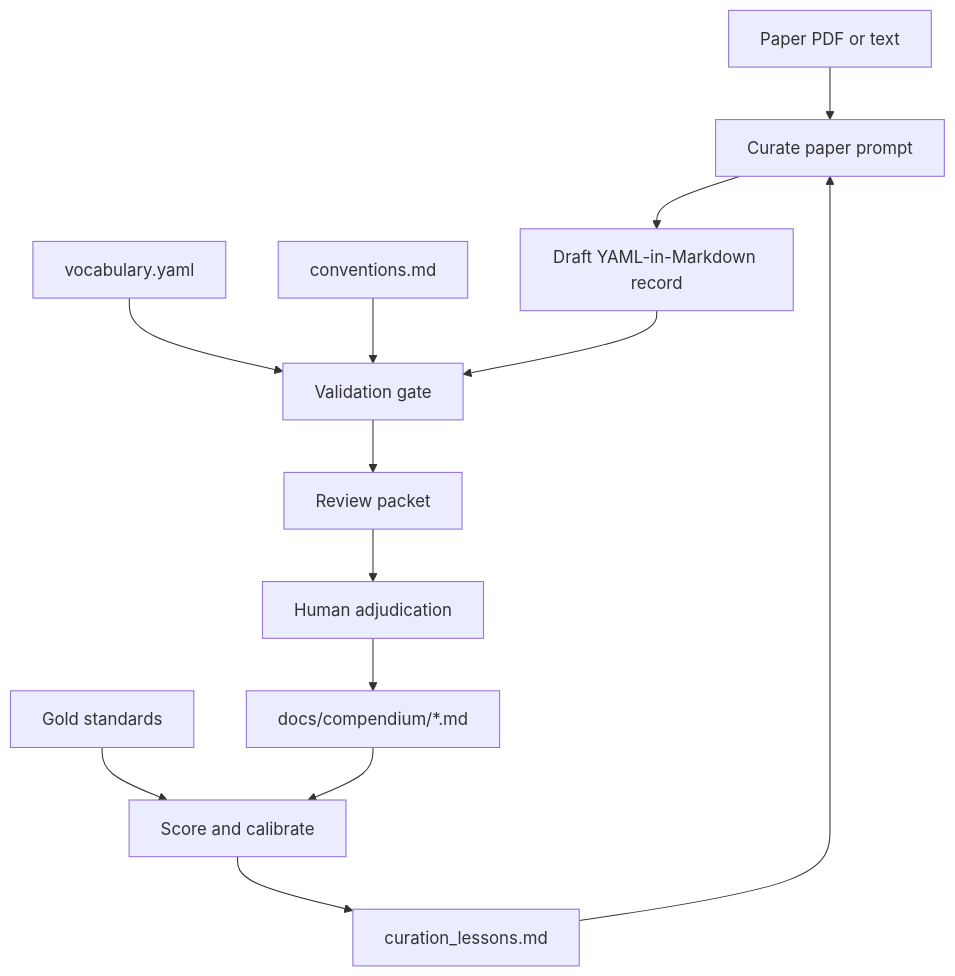
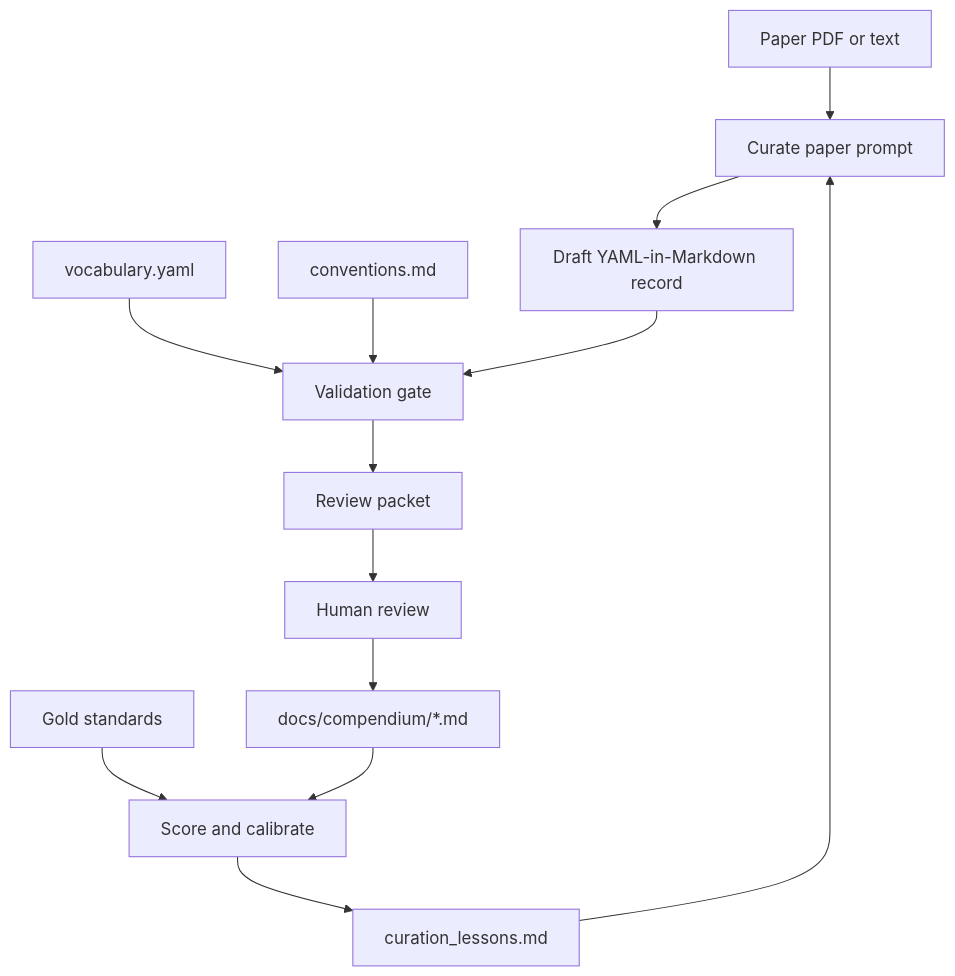
Before and after one commit to sciencesteveho/nasp_compendium: the diagram in agent/README.md, drawn with Mermaid. The commit also changed other lines of this file and 70 other files, not shown here.

Commit message:
Feature + chores: update marker gene, add updated coding skills, prototype mermaid render

````diff
--- a/agent/README.md
+++ b/agent/README.md
@@ -9,15 +10,15 @@
 ```mermaid
 flowchart TD
     Paper[Paper PDF or text] --> Curate[Curate paper prompt]
     Curate --> Draft[Draft YAML-in-Markdown record]
     Vocabulary[vocabulary.yaml] --> Validate[Validation gate]
     Conventions[conventions.md] --> Validate
     Draft --> Validate
     Validate --> Review[Review packet]
-    Review --> Human[Human adjudication]
+    Review --> Human[Human review]
     Human --> Compendium[docs/compendium/*.md]
     Gold[Gold standards] --> Score[Score and calibrate]
     Compendium --> Score
     Score --> Lessons[curation_lessons.md]
     Lessons --> Curate
 ```
````
